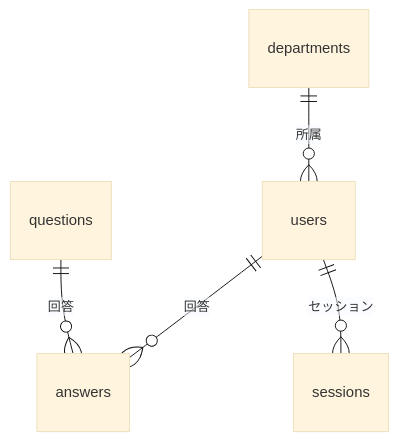
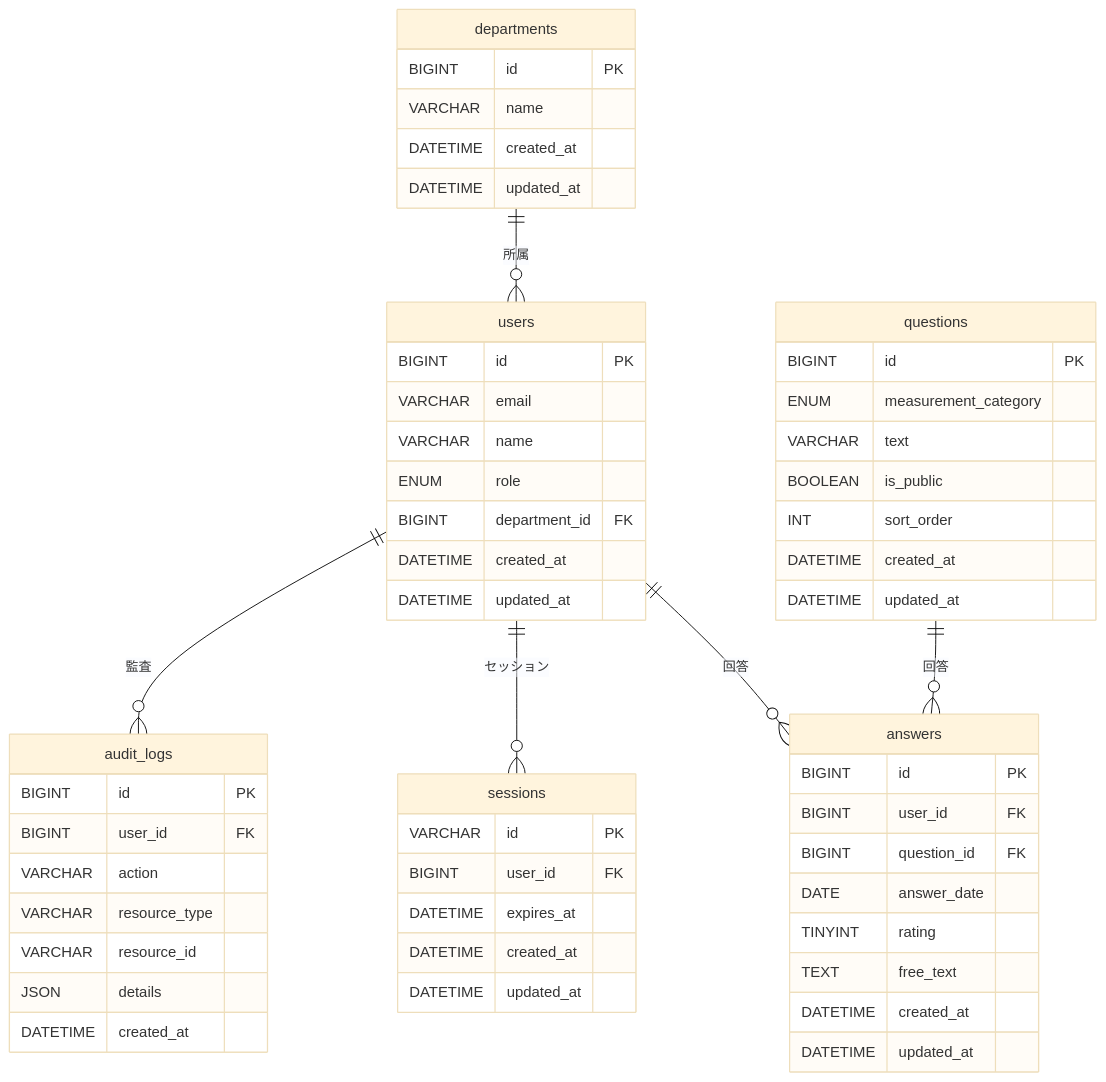
One commit to dgfl-1st-department/training changed the diagram in 基本設計書.md. Above: the diagram before and after it, drawn with Mermaid (base theme). The commit also changed other lines of this file, not shown here.

Commit message:
docs: #6 ER図を更新
- ER図にaudit_logsテーブルを追加
- 各テーブルにカラムを追加

````diff
--- a/基本設計書.md
+++ b/基本設計書.md
@@ -268,7 +268,58 @@
 ```mermaid
 erDiagram
+    departments {
+        BIGINT id PK
+        VARCHAR name
+        DATETIME created_at
+        DATETIME updated_at
+    }
+    users {
+        BIGINT id PK
+        VARCHAR email
+        VARCHAR name
+        ENUM role
+        BIGINT department_id FK
+        DATETIME created_at
+        DATETIME updated_at
+    }
+    questions {
+        BIGINT id PK
+        ENUM measurement_category
+        VARCHAR text
+        BOOLEAN is_public
+        INT sort_order
+        DATETIME created_at
+        DATETIME updated_at
+    }
+    answers {
+        BIGINT id PK
+        BIGINT user_id FK
+        BIGINT question_id FK
+        DATE answer_date
+        TINYINT rating
+        TEXT free_text
+        DATETIME created_at
+        DATETIME updated_at
+    }
+    sessions {
+        VARCHAR id PK
+        BIGINT user_id FK
+        DATETIME expires_at
+        DATETIME created_at
+        DATETIME updated_at
+    }
+    audit_logs {
+        BIGINT id PK
+        BIGINT user_id FK
+        VARCHAR action
+        VARCHAR resource_type
+        VARCHAR resource_id
+        JSON details
+        DATETIME created_at
+    }
     departments ||--o{ users : "所属"
     users ||--o{ answers : "回答"
     users ||--o{ sessions : "セッション"
+    users ||--o{ audit_logs : "監査"
     questions ||--o{ answers : "回答"
 ```
````
